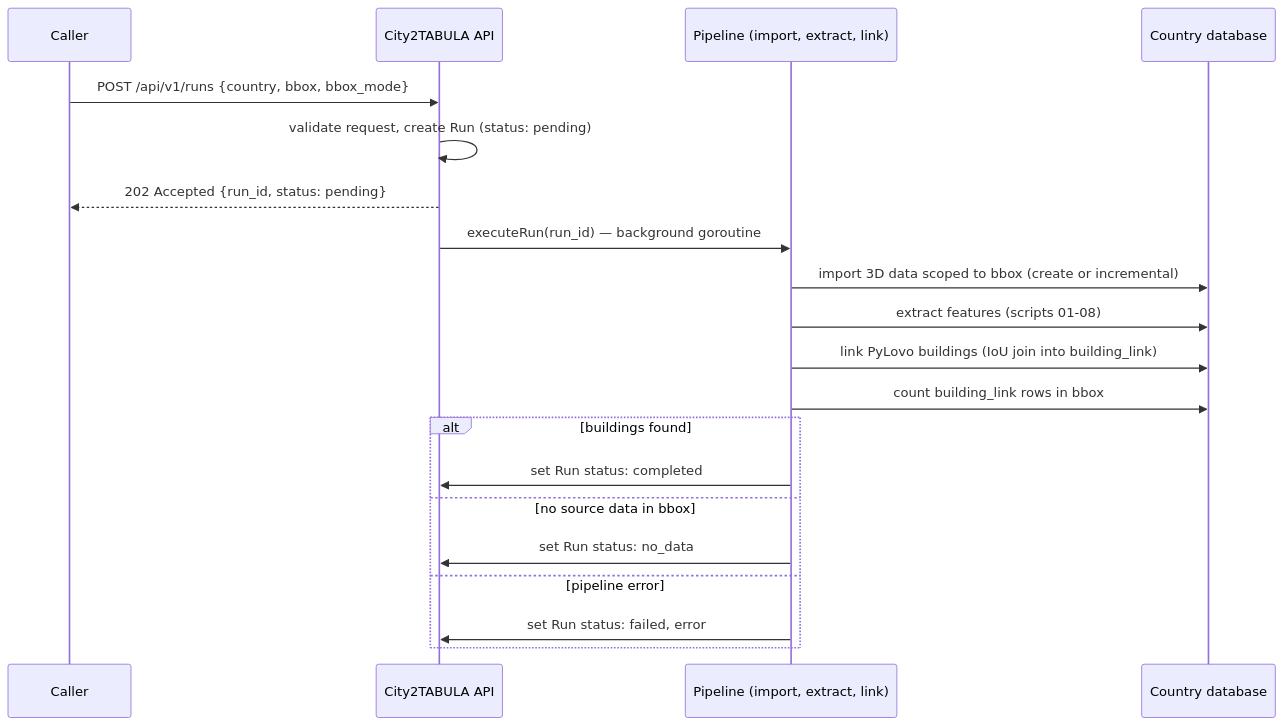
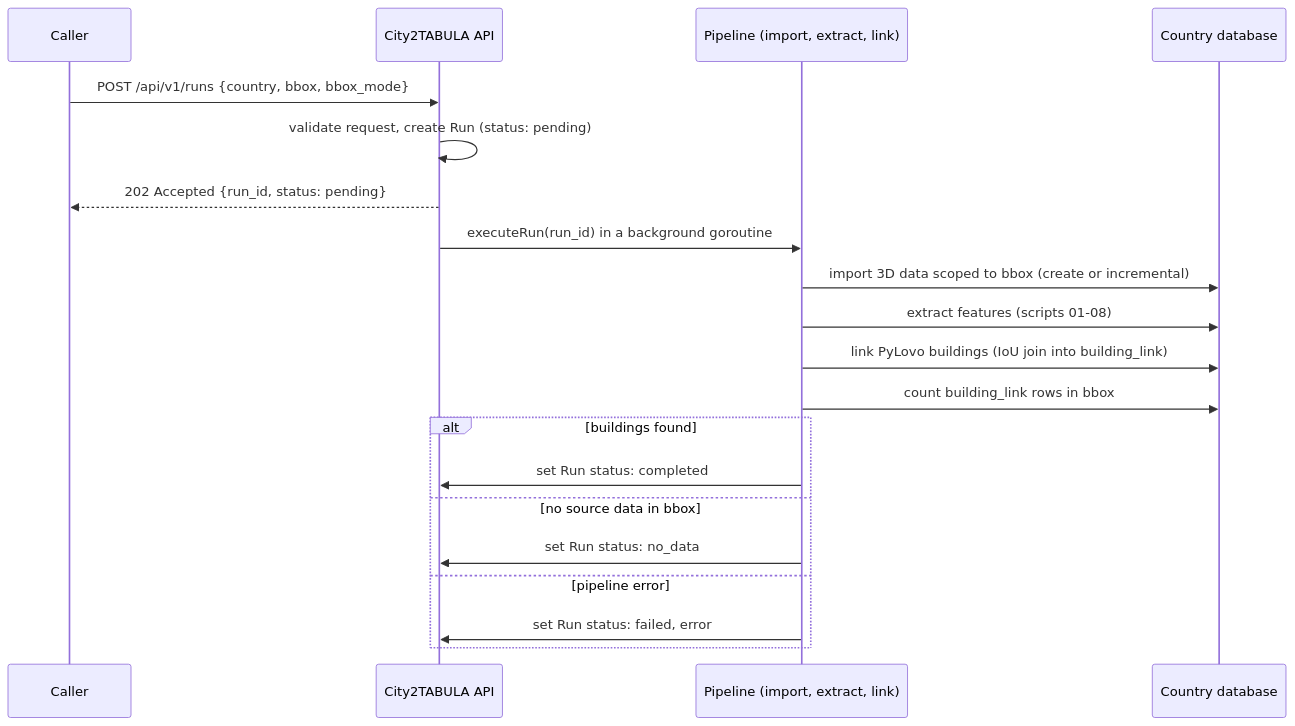
One commit to THD-Spatial-AI/city2tabula changed the second of 5 diagrams in docs/api.md. Above: the diagram before and after it, drawn with Mermaid. The commit also changed other lines of this file and 23 other files, not shown here.

````diff
--- a/docs/api.md
+++ b/docs/api.md
@@ -61,23 +65,23 @@
 ```mermaid
 sequenceDiagram
     participant C as Caller
     participant S as City2TABULA API
     participant P as Pipeline (import, extract, link)
     participant DB as Country database
 
     C->>S: POST /api/v1/runs {country, bbox, bbox_mode}
     S->>S: validate request, create Run (status: pending)
     S-->>C: 202 Accepted {run_id, status: pending}
-    S->>P: executeRun(run_id) — background goroutine
+    S->>P: executeRun(run_id) in a background goroutine
     P->>DB: import 3D data scoped to bbox (create or incremental)
     P->>DB: extract features (scripts 01-08)
     P->>DB: link PyLovo buildings (IoU join into building_link)
     P->>DB: count building_link rows in bbox
     alt buildings found
         P->>S: set Run status: completed
     else no source data in bbox
         P->>S: set Run status: no_data
     else pipeline error
         P->>S: set Run status: failed, error
     end
 ```
````
